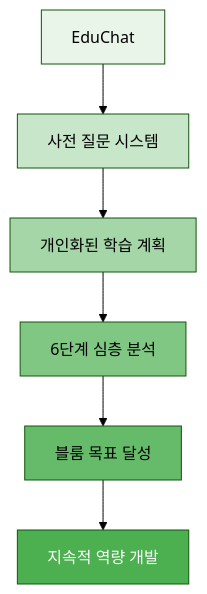
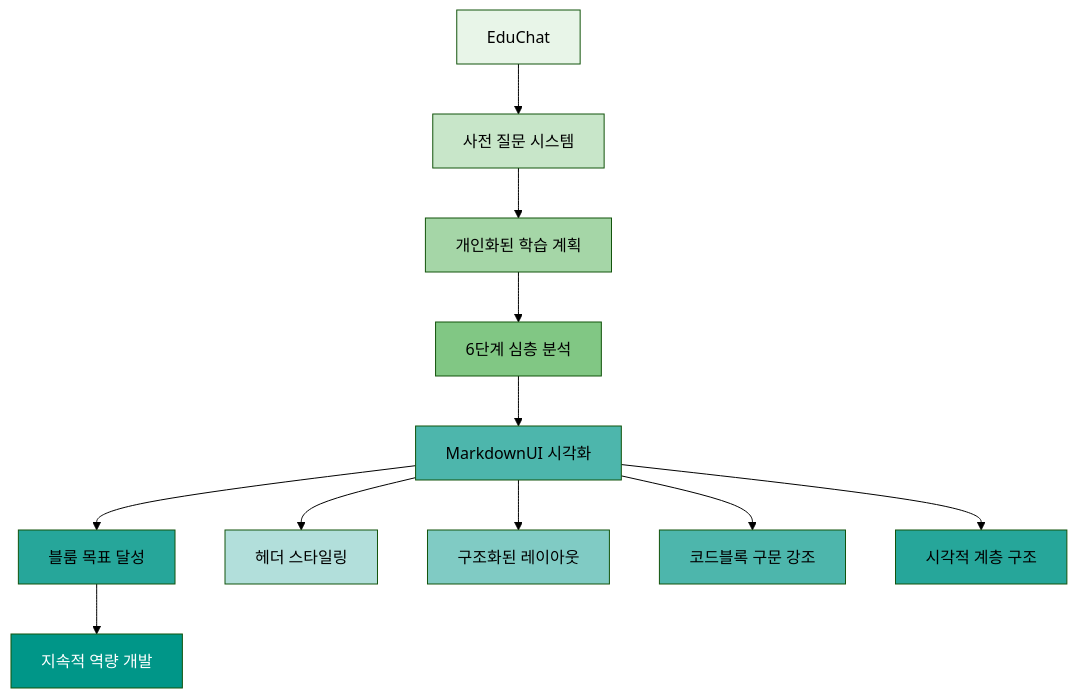
One commit to 2574895/EduChat_PF changed the second of 5 diagrams in docs/educational_impact.md. Above: the diagram before and after it, drawn with Mermaid (forest theme). The commit also changed other lines of this file and 3 other files, not shown here.

````diff
--- a/docs/educational_impact.md
+++ b/docs/educational_impact.md
@@ -43,15 +49,26 @@
 ```mermaid
 graph TD
     A[EduChat] --> B[사전 질문 시스템]
     B --> C[개인화된 학습 계획]
     C --> D[6단계 심층 분석]
-    D --> E[블룸 목표 달성]
-    E --> F[지속적 역량 개발]
+    D --> E[MarkdownUI 시각화]
+    E --> F[블룸 목표 달성]
+    F --> G[지속적 역량 개발]
+
+    E --> H[헤더 스타일링]
+    E --> I[구조화된 레이아웃]
+    E --> J[코드블록 구문 강조]
+    E --> K[시각적 계층 구조]
 
     style A fill:#e8f5e8
     style B fill:#c8e6c9
     style C fill:#a5d6a7
     style D fill:#81c784
-    style E fill:#66bb6a
-    style F fill:#4caf50,color:#fff
+    style E fill:#4db6ac
+    style F fill:#26a69a
+    style G fill:#009688,color:#fff
+    style H fill:#b2dfdb
+    style I fill:#80cbc4
+    style J fill:#4db6ac
+    style K fill:#26a69a
 ```
````
